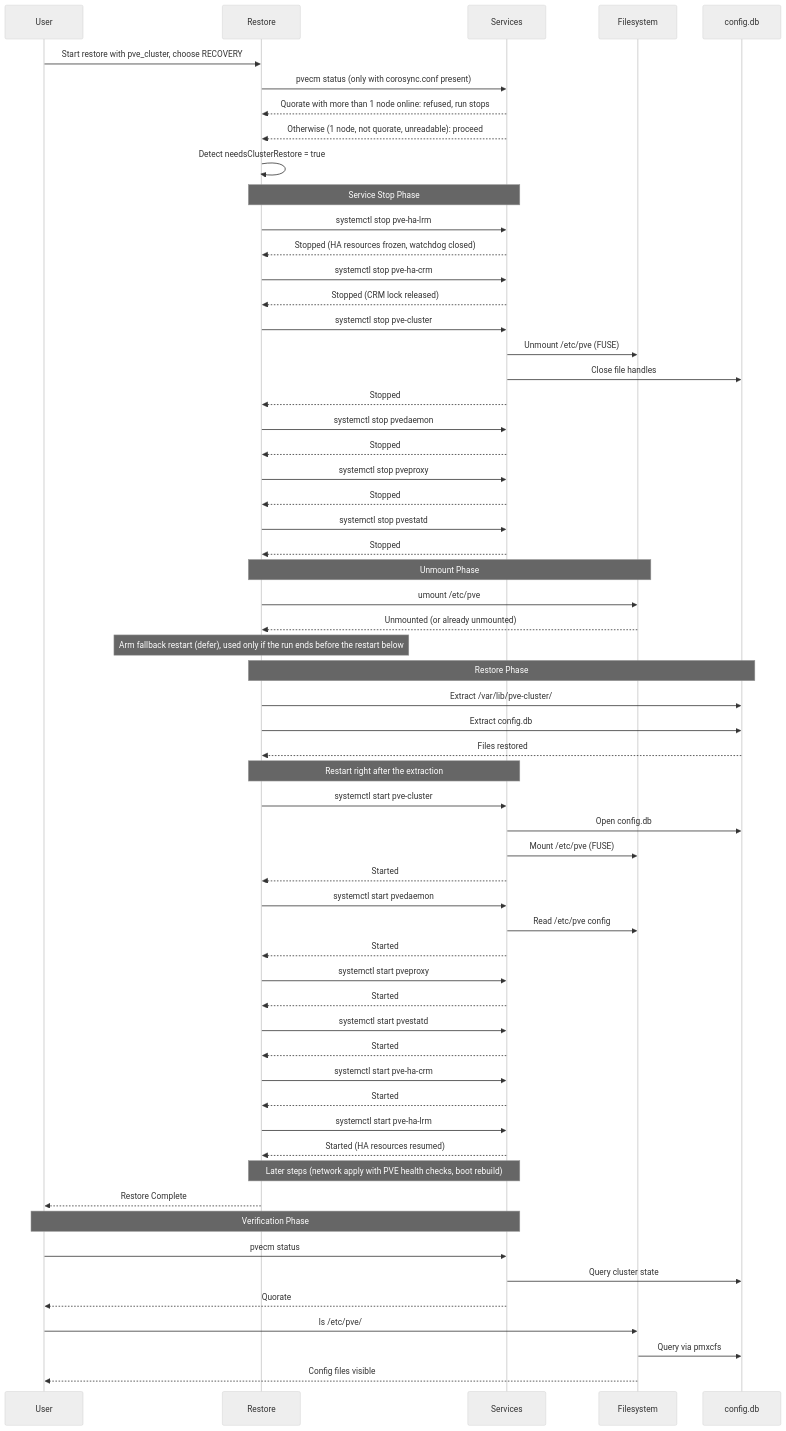
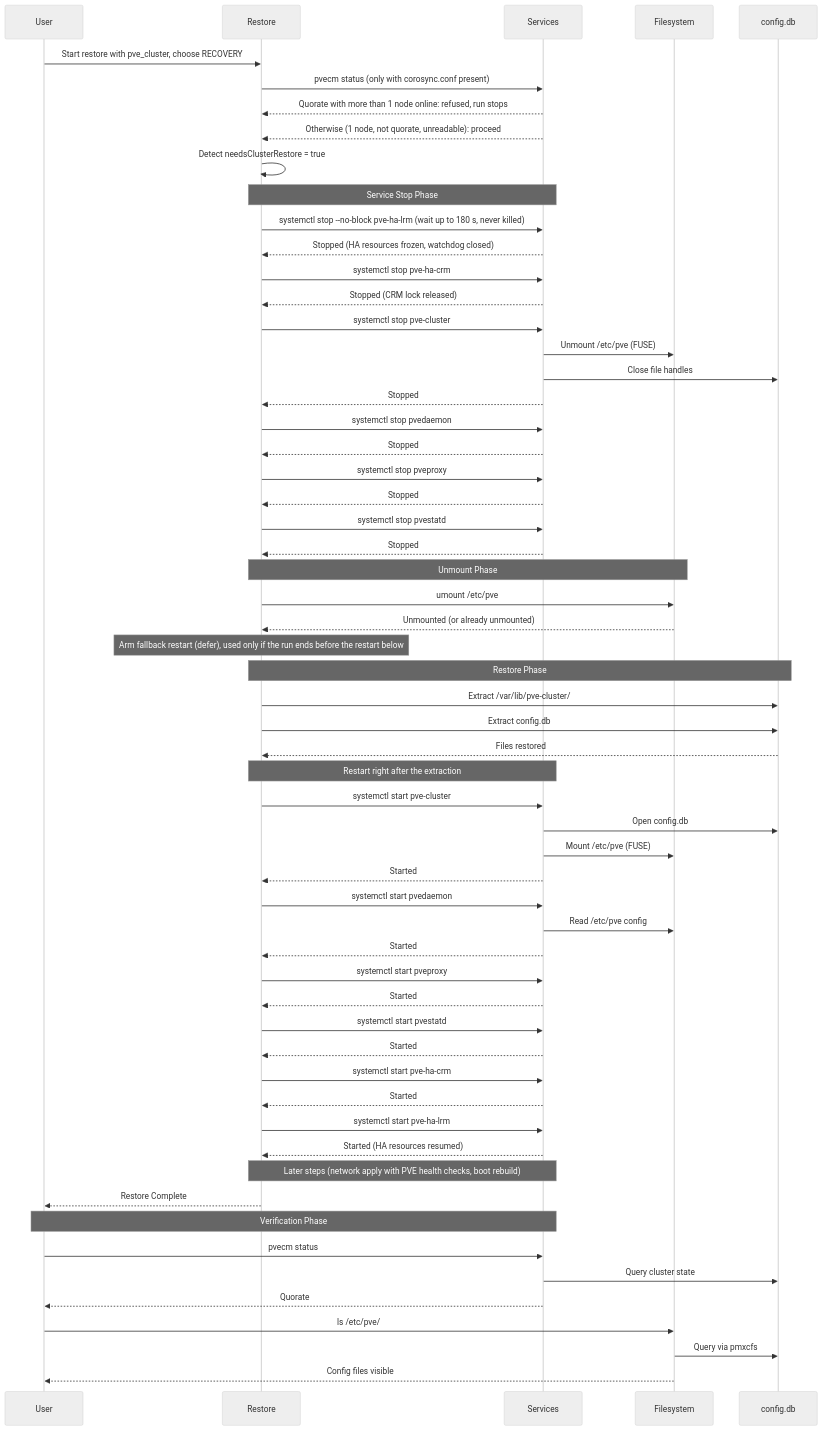
Before and after one commit to tis24dev/proxsave: the third of 13 diagrams in docs/RESTORE_DIAGRAMS.md, drawn with Mermaid (neutral theme). The commit also changed other lines of this file and 5 other files, not shown here.

````diff
--- a/docs/RESTORE_DIAGRAMS.md
+++ b/docs/RESTORE_DIAGRAMS.md
@@ -166,75 +166,75 @@
 ```mermaid
 sequenceDiagram
     participant User
     participant Restore
     participant Services
     participant FS as Filesystem
     participant DB as config.db
 
     User->>Restore: Start restore with pve_cluster, choose RECOVERY
     Restore->>Services: pvecm status (only with corosync.conf present)
     Services-->>Restore: Quorate with more than 1 node online: refused, run stops
     Services-->>Restore: Otherwise (1 node, not quorate, unreadable): proceed
     Restore->>Restore: Detect needsClusterRestore = true
 
     Note over Restore,Services: Service Stop Phase
-    Restore->>Services: systemctl stop pve-ha-lrm
+    Restore->>Services: systemctl stop --no-block pve-ha-lrm (wait up to 180 s, never killed)
     Services-->>Restore: Stopped (HA resources frozen, watchdog closed)
     Restore->>Services: systemctl stop pve-ha-crm
     Services-->>Restore: Stopped (CRM lock released)
     Restore->>Services: systemctl stop pve-cluster
     Services->>FS: Unmount /etc/pve (FUSE)
     Services->>DB: Close file handles
     Services-->>Restore: Stopped
 
     Restore->>Services: systemctl stop pvedaemon
     Services-->>Restore: Stopped
     Restore->>Services: systemctl stop pveproxy
     Services-->>Restore: Stopped
     Restore->>Services: systemctl stop pvestatd
     Services-->>Restore: Stopped
 
     Note over Restore,FS: Unmount Phase
     Restore->>FS: umount /etc/pve
     FS-->>Restore: Unmounted (or already unmounted)
 
     Note over Restore: Arm fallback restart (defer), used only if the run ends before the restart below
 
     Note over Restore,DB: Restore Phase
     Restore->>DB: Extract /var/lib/pve-cluster/
     Restore->>DB: Extract config.db
     DB-->>Restore: Files restored
 
     Note over Restore,Services: Restart right after the extraction
     Restore->>Services: systemctl start pve-cluster
     Services->>DB: Open config.db
     Services->>FS: Mount /etc/pve (FUSE)
     Services-->>Restore: Started
 
     Restore->>Services: systemctl start pvedaemon
     Services->>FS: Read /etc/pve config
     Services-->>Restore: Started
 
     Restore->>Services: systemctl start pveproxy
     Services-->>Restore: Started
 
     Restore->>Services: systemctl start pvestatd
     Services-->>Restore: Started
 
     Restore->>Services: systemctl start pve-ha-crm
     Services-->>Restore: Started
     Restore->>Services: systemctl start pve-ha-lrm
     Services-->>Restore: Started (HA resources resumed)
 
     Note over Restore,Services: Later steps (network apply with PVE health checks, boot rebuild)
 
     Restore-->>User: Restore Complete
 
     Note over User,Services: Verification Phase
     User->>Services: pvecm status
     Services->>DB: Query cluster state
     Services-->>User: Quorate
     User->>FS: ls /etc/pve/
     FS->>DB: Query via pmxcfs
     FS-->>User: Config files visible
 ```
````
